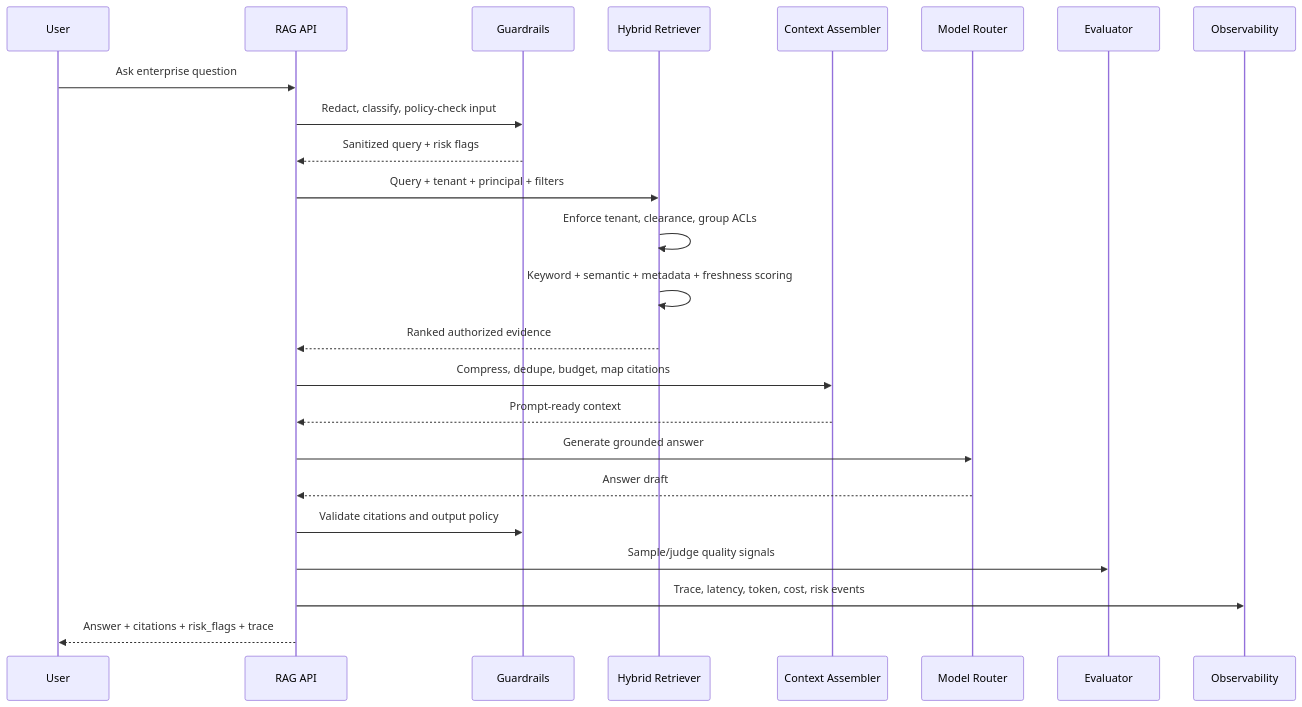
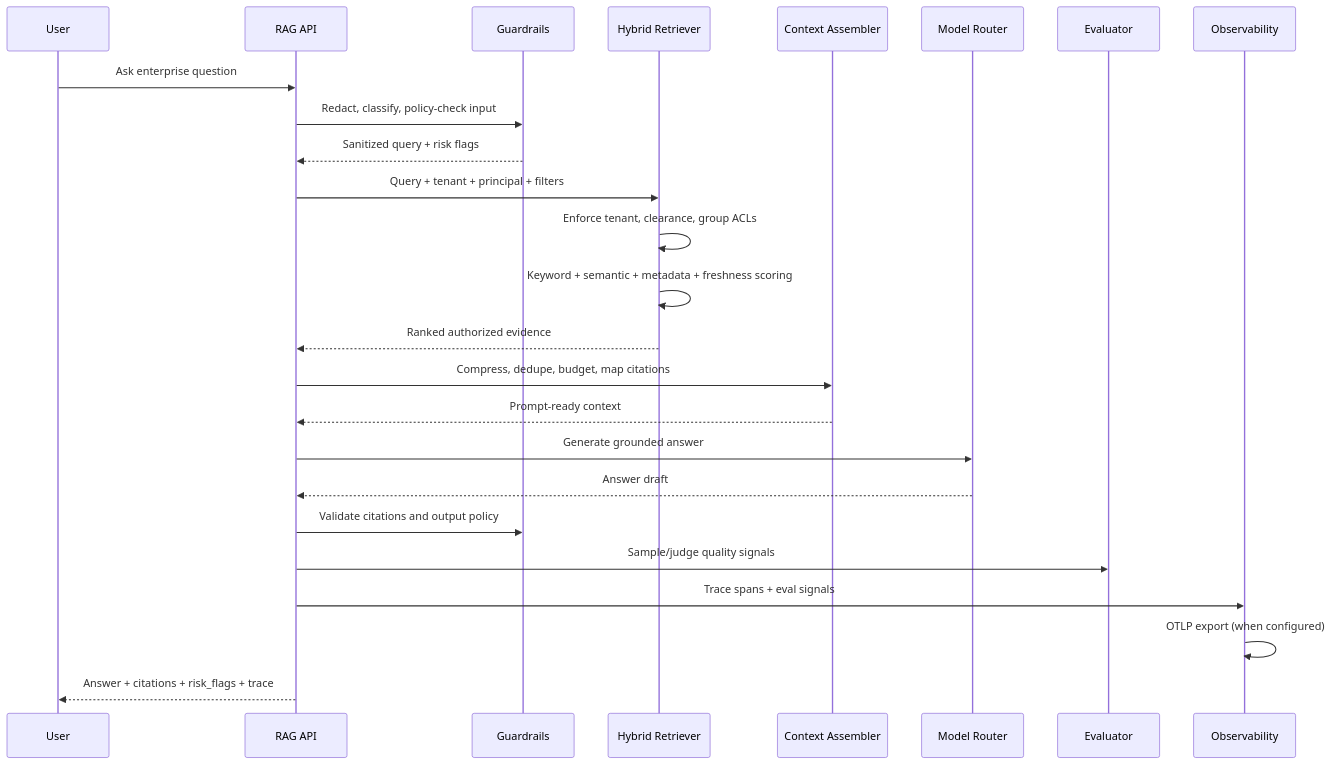
The second of 4 diagrams in README.md (vpeetla-ai/enterprise_rag_platform), drawn with Mermaid before and after one commit. The commit also changed other lines of this file and 1 other file, not shown here.

Commit message:
Add OTLP observability layer to architecture diagrams.

````diff
--- a/README.md
+++ b/README.md
@@ -76,27 +77,28 @@
 ```mermaid
 sequenceDiagram
   participant U as User
   participant API as RAG API
   participant G as Guardrails
   participant R as Hybrid Retriever
   participant C as Context Assembler
   participant M as Model Router
   participant E as Evaluator
   participant O as Observability
 
   U->>API: Ask enterprise question
   API->>G: Redact, classify, policy-check input
   G-->>API: Sanitized query + risk flags
   API->>R: Query + tenant + principal + filters
   R->>R: Enforce tenant, clearance, group ACLs
   R->>R: Keyword + semantic + metadata + freshness scoring
   R-->>API: Ranked authorized evidence
   API->>C: Compress, dedupe, budget, map citations
   C-->>API: Prompt-ready context
   API->>M: Generate grounded answer
   M-->>API: Answer draft
   API->>G: Validate citations and output policy
   API->>E: Sample/judge quality signals
-  API->>O: Trace, latency, token, cost, risk events
+  API->>O: Trace spans + eval signals
+  O->>O: OTLP export (when configured)
   API-->>U: Answer + citations + risk_flags + trace
 ```
````
